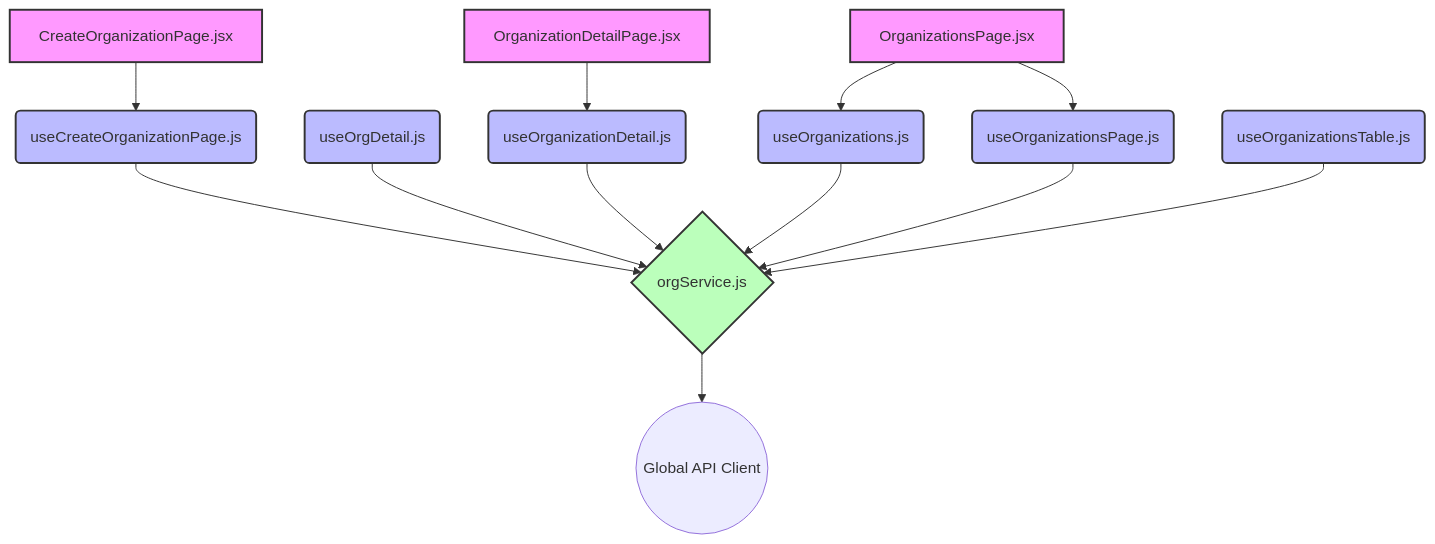
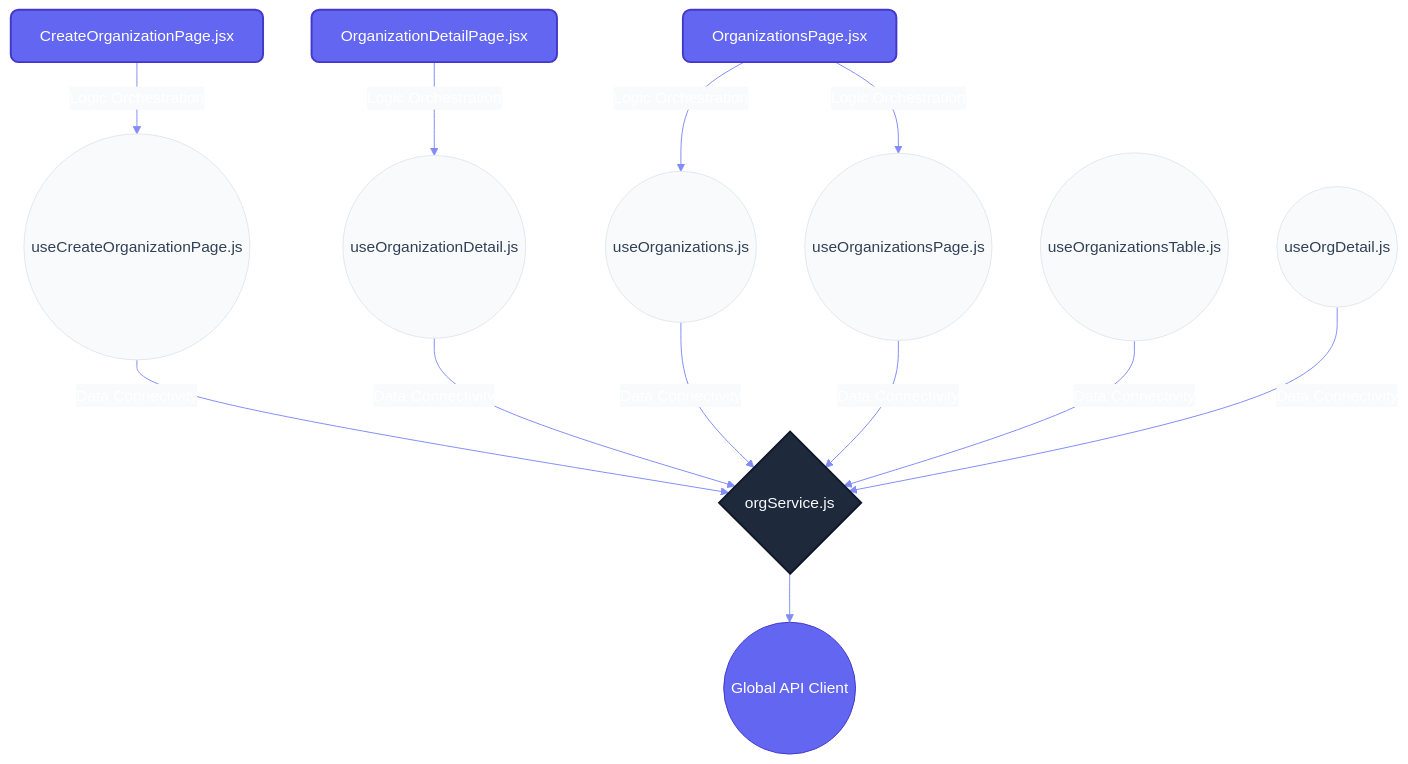
One commit to nexowebai/nexo-superadmin changed the second of 2 diagrams in src/features/organizations/README.md. Above: the diagram before and after it, drawn with Mermaid. The commit also changed other lines of this file and 16 other files, not shown here.

````diff
--- a/src/features/organizations/README.md
+++ b/src/features/organizations/README.md
@@ -30,28 +36,29 @@
 ```mermaid
+%%{init: {'theme': 'base', 'themeVariables': { 'primaryColor': '#6366f1', 'primaryTextColor': '#fff', 'primaryBorderColor': '#4338ca', 'lineColor': '#818cf8', 'secondaryColor': '#f8fafc', 'tertiaryColor': '#e2e8f0'}}}%%
 graph TD
-    classDef page fill:#f9f,stroke:#333,stroke-width:2px;
-    classDef hook fill:#bbf,stroke:#333,stroke-width:2px;
-    classDef service fill:#bfb,stroke:#333,stroke-width:2px;
+    classDef page fill:#6366f1,stroke:#4338ca,stroke-width:2px,color:#fff,rx:8,ry:8;
+    classDef hook fill:#f8fafc,stroke:#e2e8f0,stroke-width:1px,color:#334155,rx:20,ry:20;
+    classDef service fill:#1e293b,stroke:#0f172a,stroke-width:2px,color:#f8fafc,rx:4,ry:4;
 
     CreateOrganizationPage[CreateOrganizationPage.jsx]:::page
-    CreateOrganizationPage --> useCreateOrganizationPage
+    CreateOrganizationPage --"Logic Orchestration"--> useCreateOrganizationPage
     OrganizationDetailPage[OrganizationDetailPage.jsx]:::page
-    OrganizationDetailPage --> useOrganizationDetail
+    OrganizationDetailPage --"Logic Orchestration"--> useOrganizationDetail
     OrganizationsPage[OrganizationsPage.jsx]:::page
-    OrganizationsPage --> useOrganizations
-    OrganizationsPage --> useOrganizationsPage
-    useCreateOrganizationPage(useCreateOrganizationPage.js):::hook
-    useCreateOrganizationPage --> orgService
-    useOrgDetail(useOrgDetail.js):::hook
-    useOrgDetail --> orgService
-    useOrganizationDetail(useOrganizationDetail.js):::hook
-    useOrganizationDetail --> orgService
-    useOrganizations(useOrganizations.js):::hook
-    useOrganizations --> orgService
-    useOrganizationsPage(useOrganizationsPage.js):::hook
-    useOrganizationsPage --> orgService
-    useOrganizationsTable(useOrganizationsTable.js):::hook
-    useOrganizationsTable --> orgService
+    OrganizationsPage --"Logic Orchestration"--> useOrganizations
+    OrganizationsPage --"Logic Orchestration"--> useOrganizationsPage
+    useCreateOrganizationPage((useCreateOrganizationPage.js)):::hook
+    useCreateOrganizationPage --"Data Connectivity"--> orgService
+    useOrganizationDetail((useOrganizationDetail.js)):::hook
+    useOrganizationDetail --"Data Connectivity"--> orgService
+    useOrganizations((useOrganizations.js)):::hook
+    useOrganizations --"Data Connectivity"--> orgService
+    useOrganizationsPage((useOrganizationsPage.js)):::hook
+    useOrganizationsPage --"Data Connectivity"--> orgService
+    useOrganizationsTable((useOrganizationsTable.js)):::hook
+    useOrganizationsTable --"Data Connectivity"--> orgService
+    useOrgDetail((useOrgDetail.js)):::hook
+    useOrgDetail --"Data Connectivity"--> orgService
     orgService{orgService.js}:::service
-    orgService --> API_Client((Global API Client))
+    orgService --> API_CORE((Global API Client))
 ```
````
